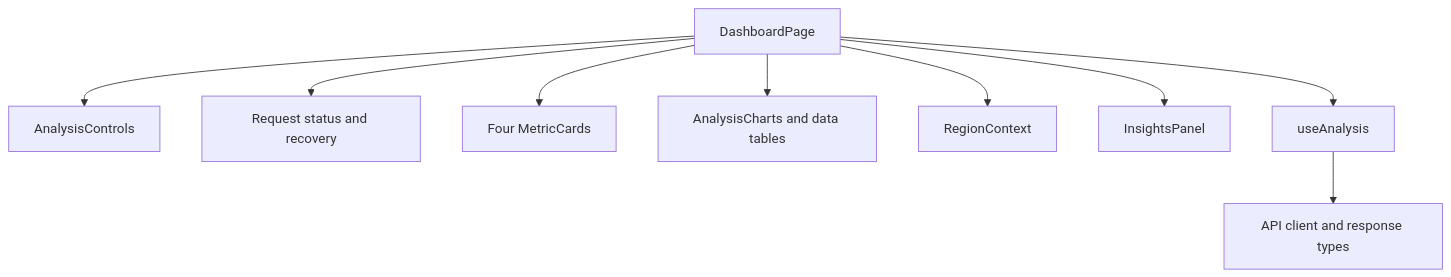
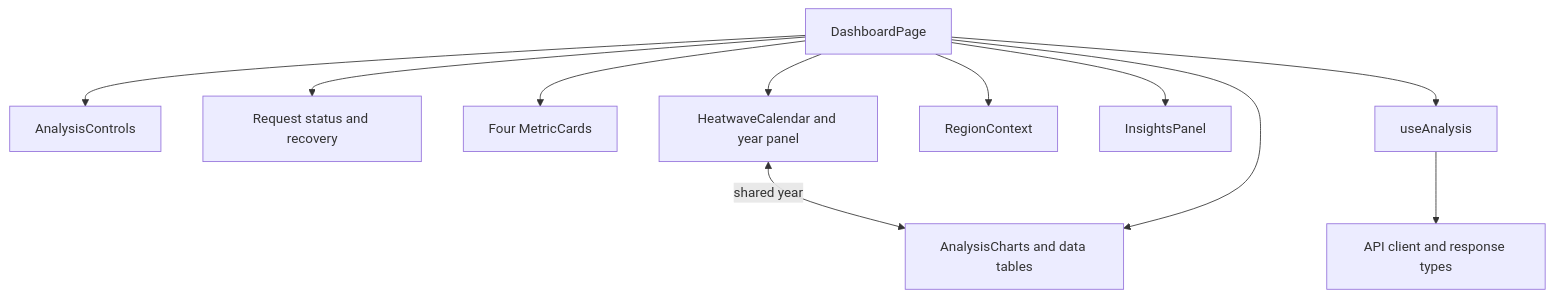
One commit to amitprasad21/Climate-Hazard-Trend-Analyzer changed the first of 5 diagrams in frontend/docs/system.frontend.md. Above: the diagram before and after it, drawn with Mermaid. The commit also changed other lines of this file and 14 other files, not shown here.

````diff
--- a/frontend/docs/system.frontend.md
+++ b/frontend/docs/system.frontend.md
@@ -20,11 +24,13 @@
 ```mermaid
 flowchart TD
     Page[DashboardPage] --> Controls[AnalysisControls]
     Page --> State[Request status and recovery]
     Page --> Metrics[Four MetricCards]
+    Page --> Calendar[HeatwaveCalendar and year panel]
+    Calendar <-->|shared year| Charts
     Page --> Charts[AnalysisCharts and data tables]
     Page --> Region[RegionContext]
     Page --> Insights[InsightsPanel]
     Page --> Hook[useAnalysis]
     Hook --> Client[API client and response types]
 ```
````
